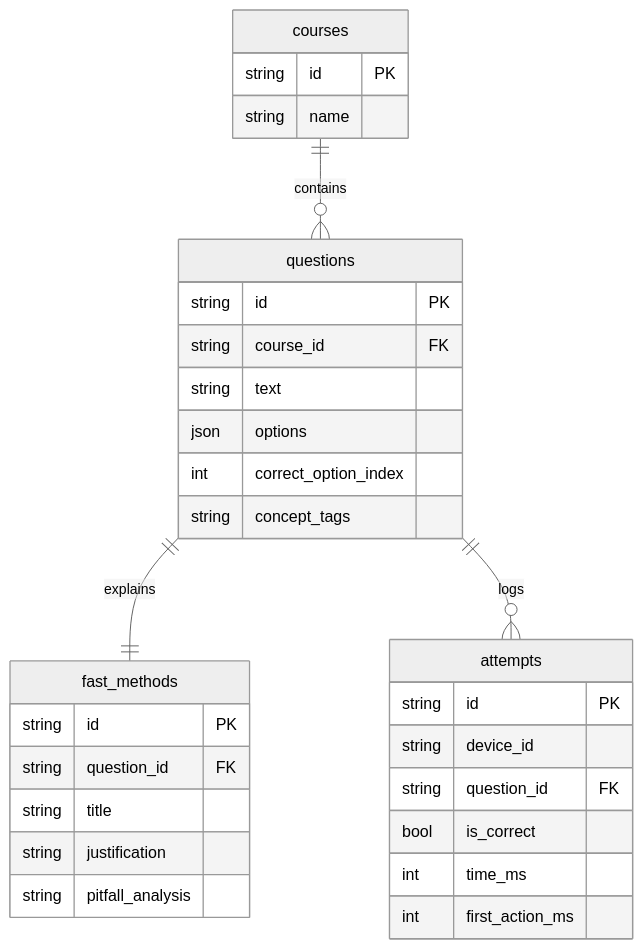
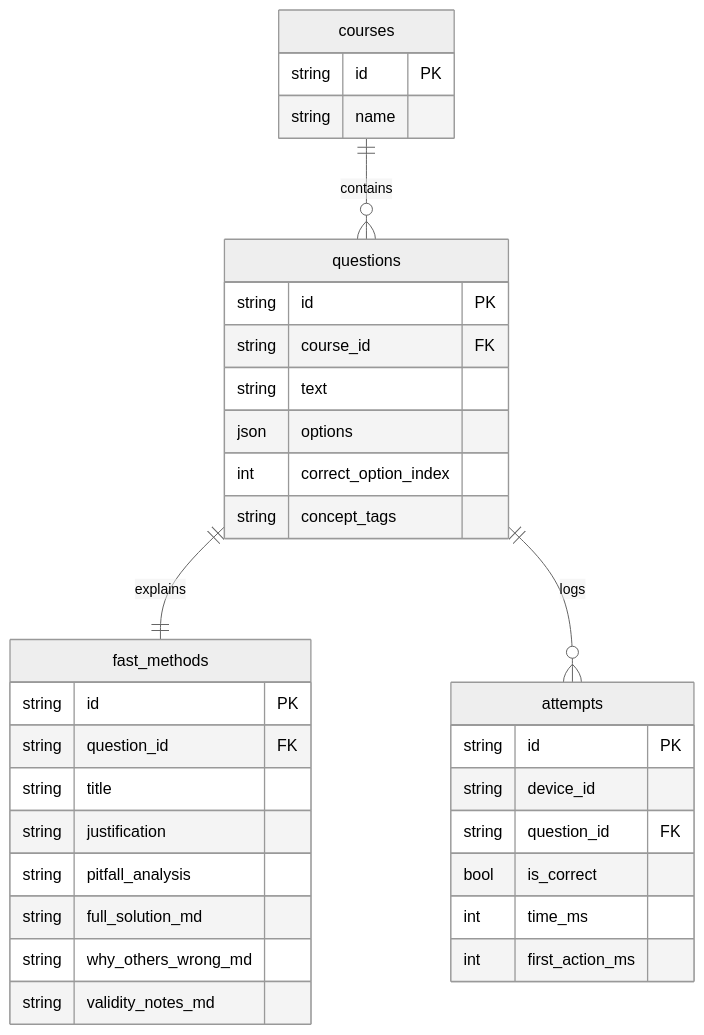
Before and after one commit to Ideaye/cogno-fast-lens: the second of 3 diagrams in README.md, drawn with Mermaid (neutral theme). The commit also changed other lines of this file, not shown here.

````diff
--- a/README.md
+++ b/README.md
@@ -82,33 +82,36 @@
 ```mermaid
 erDiagram
     courses {
         string id PK
         string name
     }
     questions {
         string id PK
         string course_id FK
         string text
         json options
         int correct_option_index
         string concept_tags
     }
     fast_methods {
         string id PK
         string question_id FK
         string title
         string justification
         string pitfall_analysis
+        string full_solution_md
+        string why_others_wrong_md
+        string validity_notes_md
     }
     attempts {
         string id PK
         string device_id
         string question_id FK
         bool is_correct
         int time_ms
         int first_action_ms
     }
     courses ||--o{ questions : contains
     questions ||--|| fast_methods : explains
     questions ||--o{ attempts : logs
 ```
````
